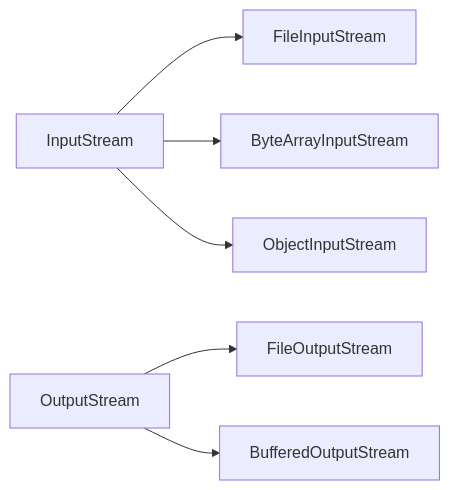
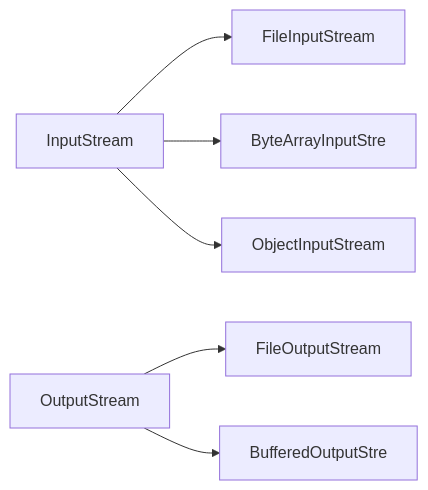
One commit to yjkim2015/yjkim2015.github.io changed the third of 8 diagrams in _posts/java/2026-05-01-java-io.md. Above: the diagram before and after it, drawn with Mermaid. The commit also changed other lines of this file and 245 other files, not shown here.

First line of the commit message:
Mermaid 다이어그램 전면 수정 + 면접 포인트 접기/펼치기 + DB 데드락 페이지

````diff
--- a/_posts/java/2026-05-01-java-io.md
+++ b/_posts/java/2026-05-01-java-io.md
@@ -54,8 +54,8 @@
 ```mermaid
 graph LR
     IS["InputStream"] --> FIS["FileInputStream"]
-    IS --> BIS["ByteArrayInputStream"]
+    IS --> BIS["ByteArrayInputStre"]
     IS --> OIS["ObjectInputStream"]
     OS["OutputStream"] --> FOS["FileOutputStream"]
-    OS --> BOS["BufferedOutputStream"]
+    OS --> BOS["BufferedOutputStre"]
 ```
````
